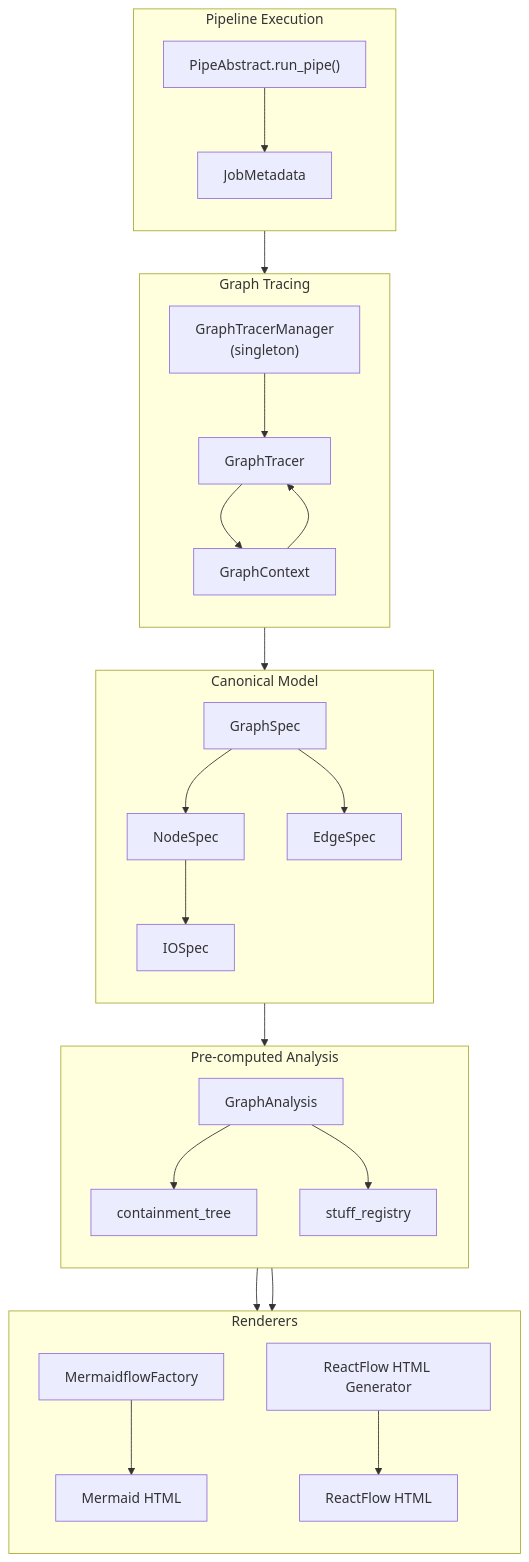
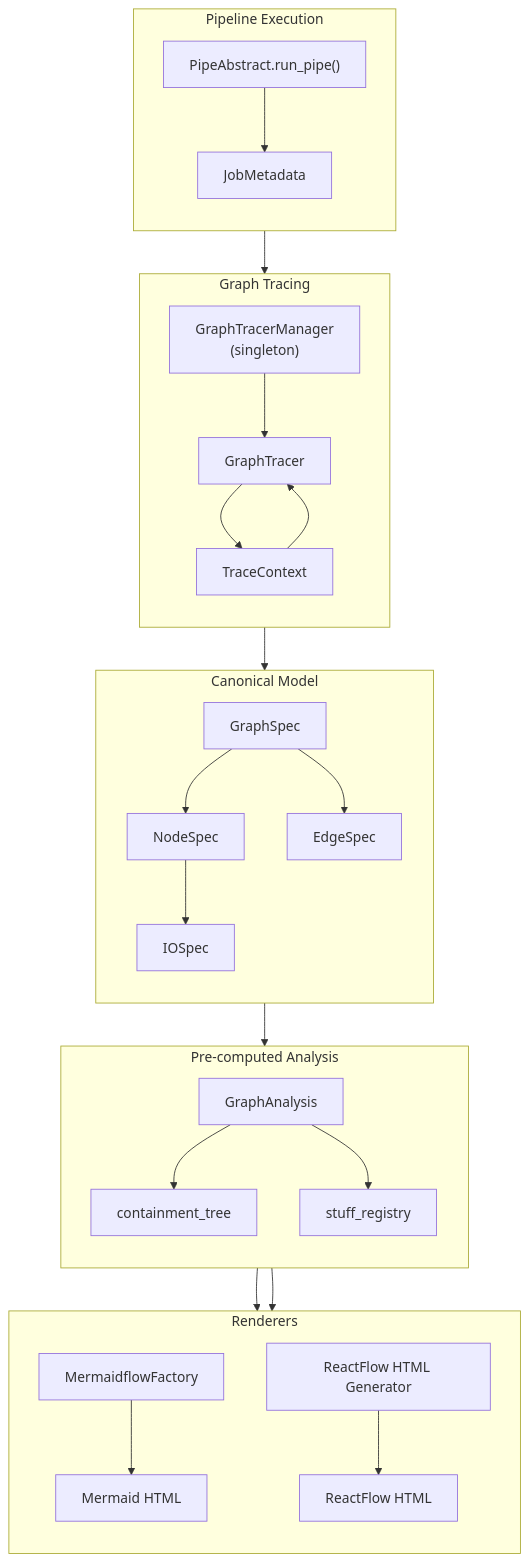
The diagram in docs/under-the-hood/execution-graph-tracing.md (Pipelex/pipelex), drawn with Mermaid before and after one commit. The commit also changed other lines of this file and 47 other files, not shown here.

First line of the commit message:
refactor(tracing): rename GraphContext → TraceContext and is_generate_costs → is_generate_usage

````diff
--- a/docs/under-the-hood/execution-graph-tracing.md
+++ b/docs/under-the-hood/execution-graph-tracing.md
@@ -101,53 +101,53 @@
 ```mermaid
 flowchart TB
     subgraph EXECUTION["Pipeline Execution"]
         direction TB
         PIPE["PipeAbstract.run_pipe()"]
         JOB["JobMetadata"]
         PIPE --> JOB
     end
 
     subgraph TRACING["Graph Tracing"]
         direction TB
         MGR["GraphTracerManager<br/>(singleton)"]
         TRACER["GraphTracer"]
-        CTX["GraphContext"]
+        CTX["TraceContext"]
         MGR --> TRACER
         TRACER --> CTX
     end
 
     subgraph MODEL["Canonical Model"]
         direction TB
         SPEC["GraphSpec"]
         NODE["NodeSpec"]
         EDGE["EdgeSpec"]
         IO["IOSpec"]
         SPEC --> NODE
         SPEC --> EDGE
         NODE --> IO
     end
 
     subgraph ANALYSIS["Pre-computed Analysis"]
         direction TB
         GA["GraphAnalysis"]
         TREE["containment_tree"]
         STUFF["stuff_registry"]
         GA --> TREE
         GA --> STUFF
     end
 
     subgraph RENDER["Renderers"]
         direction TB
         MF["MermaidflowFactory"]
         RF["ReactFlow HTML Generator"]
         MF --> HTML1["Mermaid HTML"]
         RF --> HTML2["ReactFlow HTML"]
     end
 
     JOB --> CTX
     CTX --> TRACER
     TRACER --> SPEC
     SPEC --> GA
     GA --> MF
     GA --> RF
 ```
````
